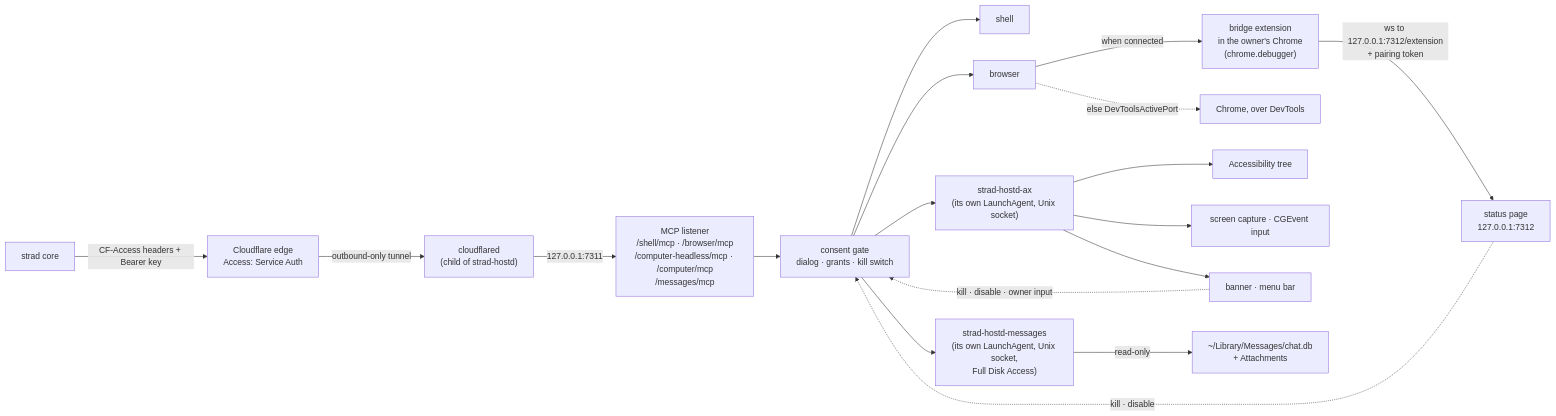
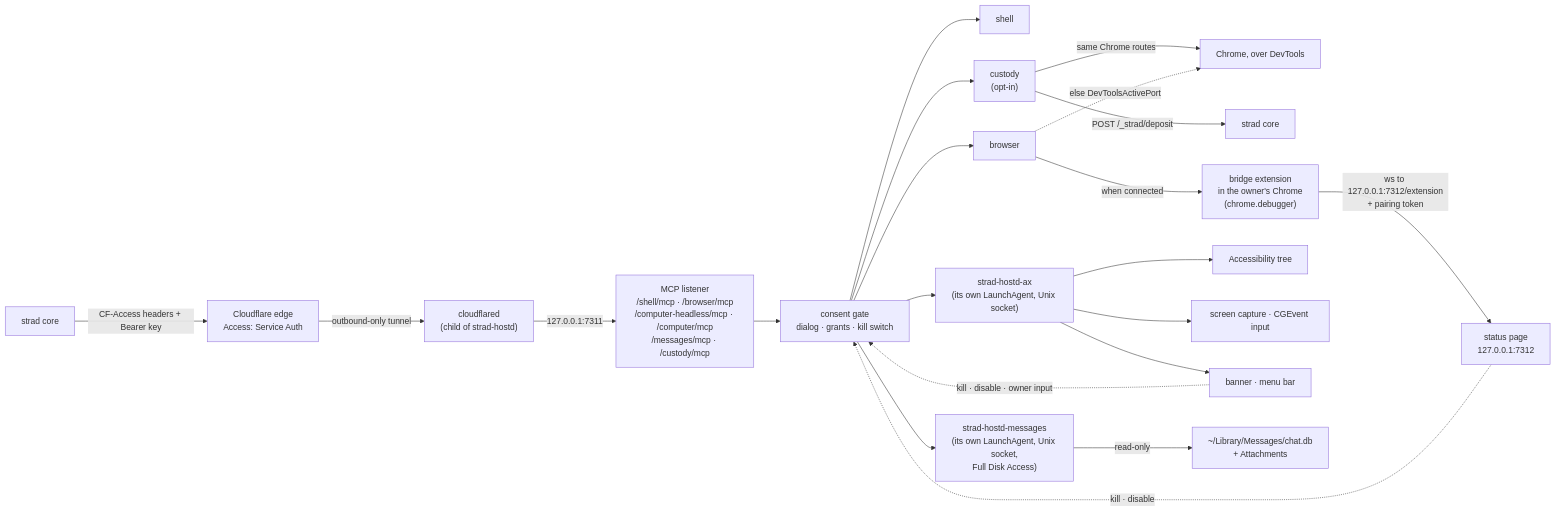
One commit to tadasant/strad changed the diagram in docs/src/content/docs/servers/hostd.md. Above: the diagram before and after it, drawn with Mermaid. The commit also changed other lines of this file and 37 other files, not shown here.

First line of the commit message:
hostd custody server + write-only strad deposit route

````diff
--- a/docs/src/content/docs/servers/hostd.md
+++ b/docs/src/content/docs/servers/hostd.md
@@ -16,20 +18,23 @@
 ```mermaid
 flowchart LR
   S["strad core"] -->|"CF-Access headers + Bearer key"| E["Cloudflare edge<br/>Access: Service Auth"]
   E -->|"outbound-only tunnel"| C["cloudflared<br/>(child of strad-hostd)"]
-  C -->|"127.0.0.1:7311"| M["MCP listener<br/>/shell/mcp · /browser/mcp<br/>/computer-headless/mcp · /computer/mcp<br/>/messages/mcp"]
+  C -->|"127.0.0.1:7311"| M["MCP listener<br/>/shell/mcp · /browser/mcp<br/>/computer-headless/mcp · /computer/mcp<br/>/messages/mcp · /custody/mcp"]
   M --> G["consent gate<br/>dialog · grants · kill switch"]
   G --> SH["shell"]
   G --> BR["browser"]
+  G --> CU["custody<br/>(opt-in)"]
+  CU -->|"same Chrome routes"| CH
+  CU -->|"POST /_strad/deposit"| SC["strad core"]
   BR -->|"when connected"| EXT["bridge extension<br/>in the owner's Chrome<br/>(chrome.debugger)"]
   BR -.->|"else DevToolsActivePort"| CH["Chrome, over DevTools"]
   EXT -->|"ws to 127.0.0.1:7312/extension<br/>+ pairing token"| P
   G --> AX["strad-hostd-ax<br/>(its own LaunchAgent, Unix socket)"]
   AX --> ACC["Accessibility tree"]
   AX --> CG["screen capture · CGEvent input"]
   AX --> BN["banner · menu bar"]
   G --> MS["strad-hostd-messages<br/>(its own LaunchAgent, Unix socket,<br/>Full Disk Access)"]
   MS -->|"read-only"| DB["~/Library/Messages/chat.db<br/>+ Attachments"]
   P["status page<br/>127.0.0.1:7312"] -.->|"kill · disable"| G
   BN -.->|"kill · disable · owner input"| G
 ```
````
